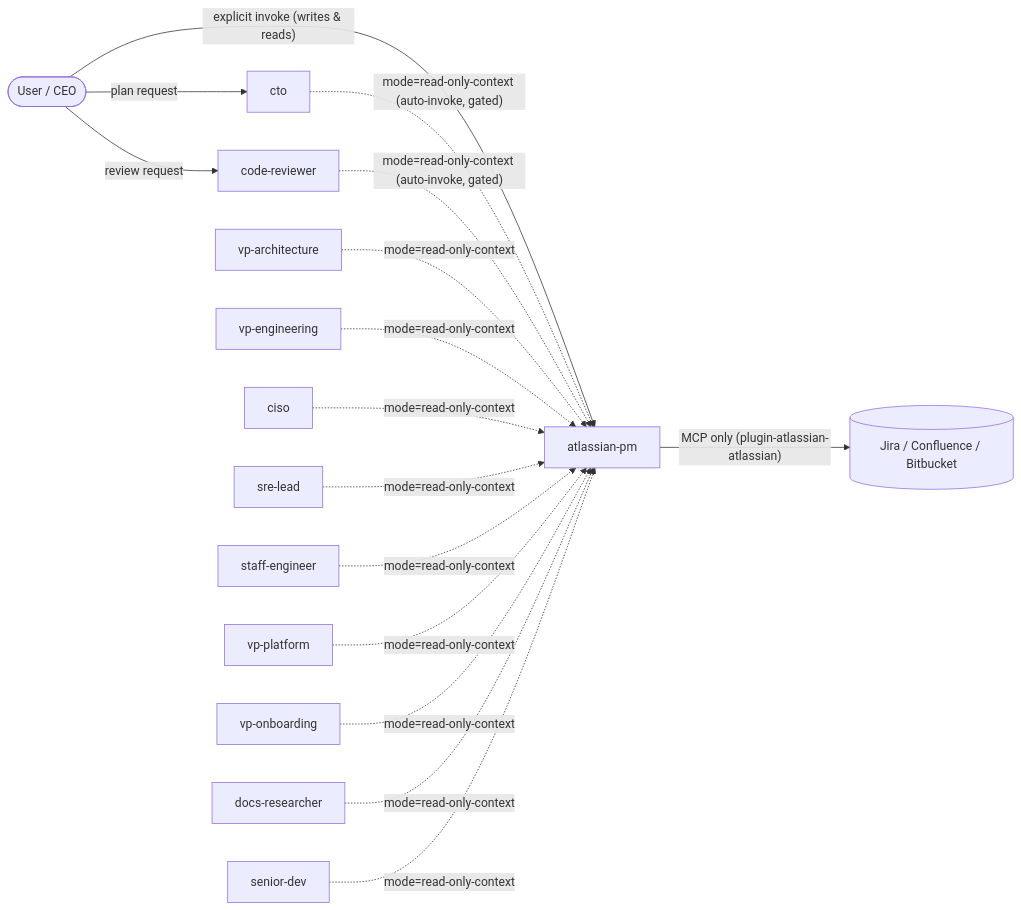
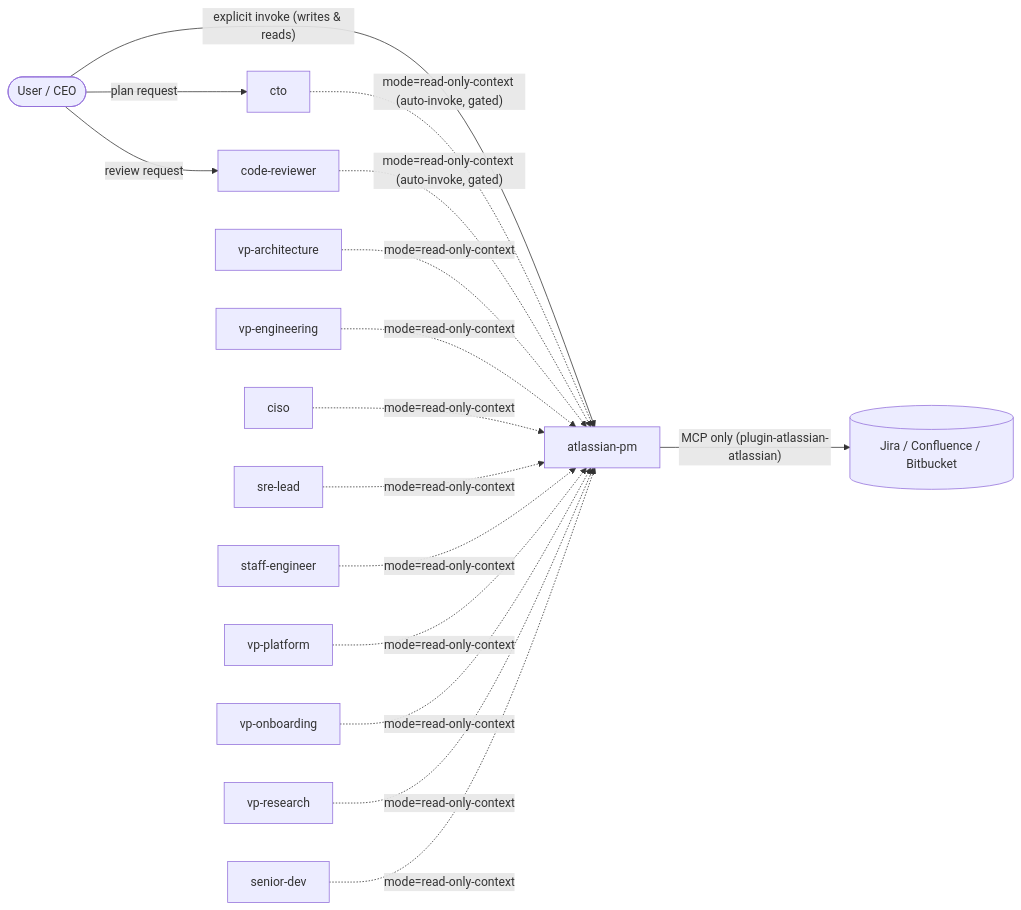
The diagram in cursor/.cursor/agents/atlassian-pm.md (akshay-na/dotfiles), drawn with Mermaid before and after one commit. The commit also changed other lines of this file and 18 other files, not shown here.

````diff
--- a/cursor/.cursor/agents/atlassian-pm.md
+++ b/cursor/.cursor/agents/atlassian-pm.md
@@ -32,18 +32,18 @@
 ```mermaid
 flowchart LR
   user([User / CEO]) -- "explicit invoke (writes & reads)" --> pm[atlassian-pm]
   user -- "plan request" --> cto[cto]
   user -- "review request" --> cr[code-reviewer]
   cto -. "mode=read-only-context (auto-invoke, gated)" .-> pm
   cr  -. "mode=read-only-context (auto-invoke, gated)" .-> pm
   vparch[vp-architecture] -. "mode=read-only-context" .-> pm
   vpeng[vp-engineering] -. "mode=read-only-context" .-> pm
   ciso[ciso] -. "mode=read-only-context" .-> pm
   srelead[sre-lead] -. "mode=read-only-context" .-> pm
   staff[staff-engineer] -. "mode=read-only-context" .-> pm
   vpplat[vp-platform] -. "mode=read-only-context" .-> pm
   vponb[vp-onboarding] -. "mode=read-only-context" .-> pm
-  dr[docs-researcher] -. "mode=read-only-context" .-> pm
+  dr[vp-research] -. "mode=read-only-context" .-> pm
   sd[senior-dev] -. "mode=read-only-context" .-> pm
   pm -- "MCP only (plugin-atlassian-atlassian)" --> atlassian[(Jira / Confluence / Bitbucket)]
 ```
````
